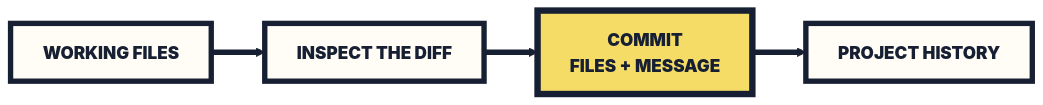
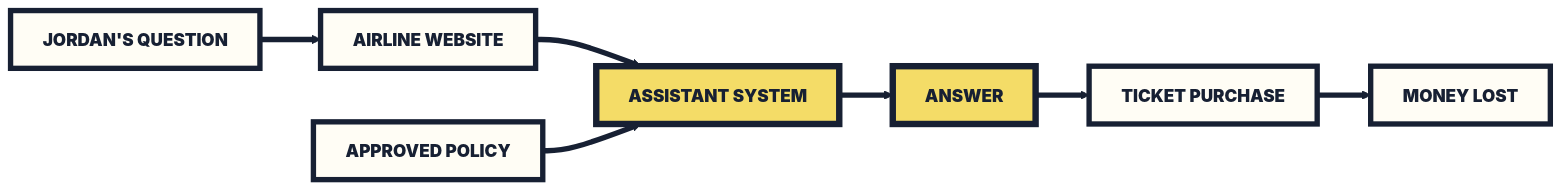
Before and after one commit to clg236/applied-generative-ai-course-students: the third of 4 diagrams in slides/session-1/morning.md, drawn with Mermaid. The commit also changed other lines of this file and 59 other files, not shown here.

````diff
--- a/slides/session-1/morning.md
+++ b/slides/session-1/morning.md
@@ -445,10 +760,12 @@
 ```mermaid
 flowchart LR
-  accTitle: A reviewed change becomes a commit in project history
-  accDescr: Working files are inspected as a diff. The intended files, message, author, and time become one commit in project history.
-  W["WORKING FILES"] --> D["INSPECT THE DIFF"] --> C["COMMIT<br/>FILES + MESSAGE"] --> H["PROJECT HISTORY"]
+  accTitle: The business system around a generated answer
+  accDescr: A user task enters an interface. Sources and policy shape a model or logic component, which produces a candidate output. A user decision based on that output can lead to a real consequence.
+  U["JORDAN'S QUESTION"] --> I["AIRLINE WEBSITE"] --> M["ASSISTANT SYSTEM"]
+  S["APPROVED POLICY"] --> M
+  M --> O["ANSWER"] --> D["TICKET PURCHASE"] --> C["MONEY LOST"]
   classDef default fill:#fffdf5,stroke:#172033,stroke-width:5px,color:#172033,font-weight:900,rx:0px,ry:0px;
   classDef focus fill:#f4dc67,stroke:#172033,stroke-width:6px,color:#172033,font-weight:900,rx:0px,ry:0px;
-  class C focus
+  class M,O focus
   linkStyle default stroke:#172033,stroke-width:5px;
 ```
````
